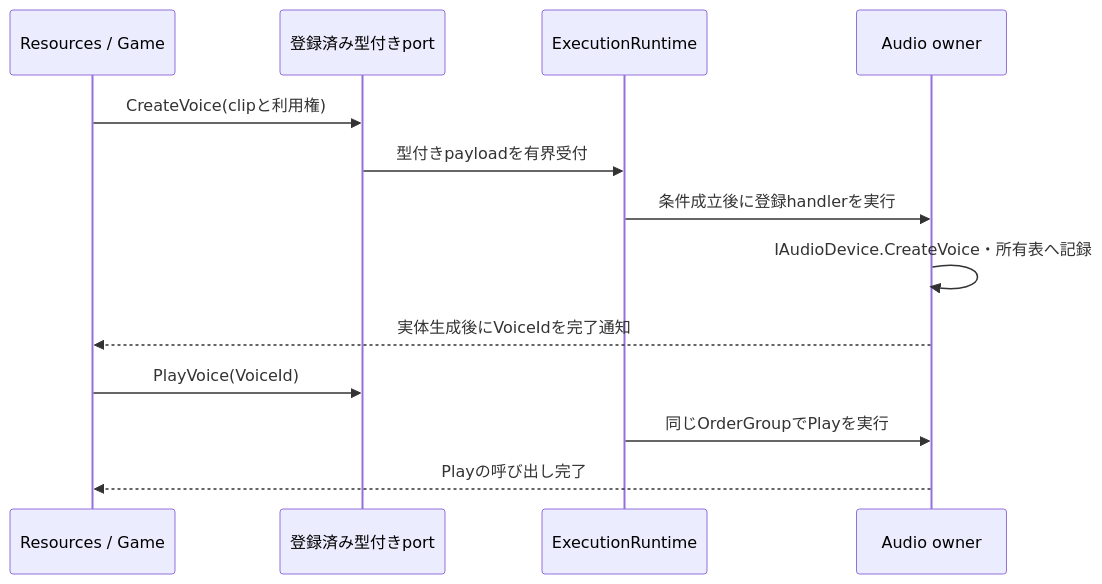
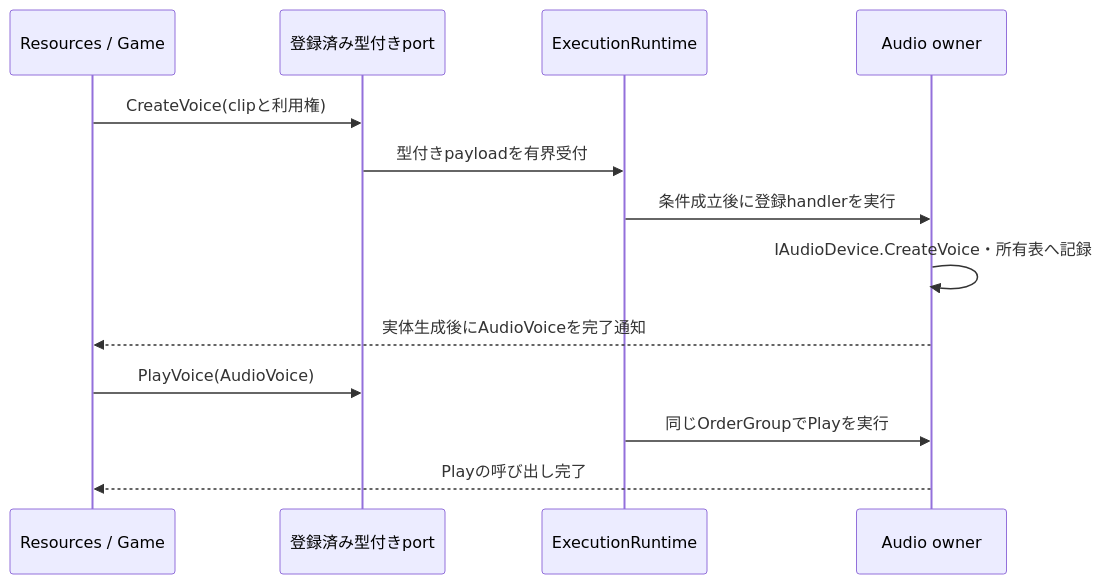
One commit to ikihiki/Lumyte changed the second of 2 diagrams in docs/adr/core/CORE-0003-execution-and-jobs.md. Above: the diagram before and after it, drawn with Mermaid. The commit also changed other lines of this file, not shown here.

Commit message:
docs: dispatch audio work with instance references

````diff
--- a/docs/adr/core/CORE-0003-execution-and-jobs.md
+++ b/docs/adr/core/CORE-0003-execution-and-jobs.md
@@ -578,15 +578,15 @@
 ```mermaid
 sequenceDiagram
     participant Caller as Resources / Game
     participant Port as 登録済み型付きport
     participant Runtime as ExecutionRuntime
     participant Owner as Audio owner
     Caller->>Port: CreateVoice(clipと利用権)
     Port->>Runtime: 型付きpayloadを有界受付
     Runtime->>Owner: 条件成立後に登録handlerを実行
     Owner->>Owner: IAudioDevice.CreateVoice・所有表へ記録
-    Owner-->>Caller: 実体生成後にVoiceIdを完了通知
-    Caller->>Port: PlayVoice(VoiceId)
+    Owner-->>Caller: 実体生成後にAudioVoiceを完了通知
+    Caller->>Port: PlayVoice(AudioVoice)
     Runtime->>Owner: 同じOrderGroupでPlayを実行
     Owner-->>Caller: Playの呼び出し完了
 ```
````
